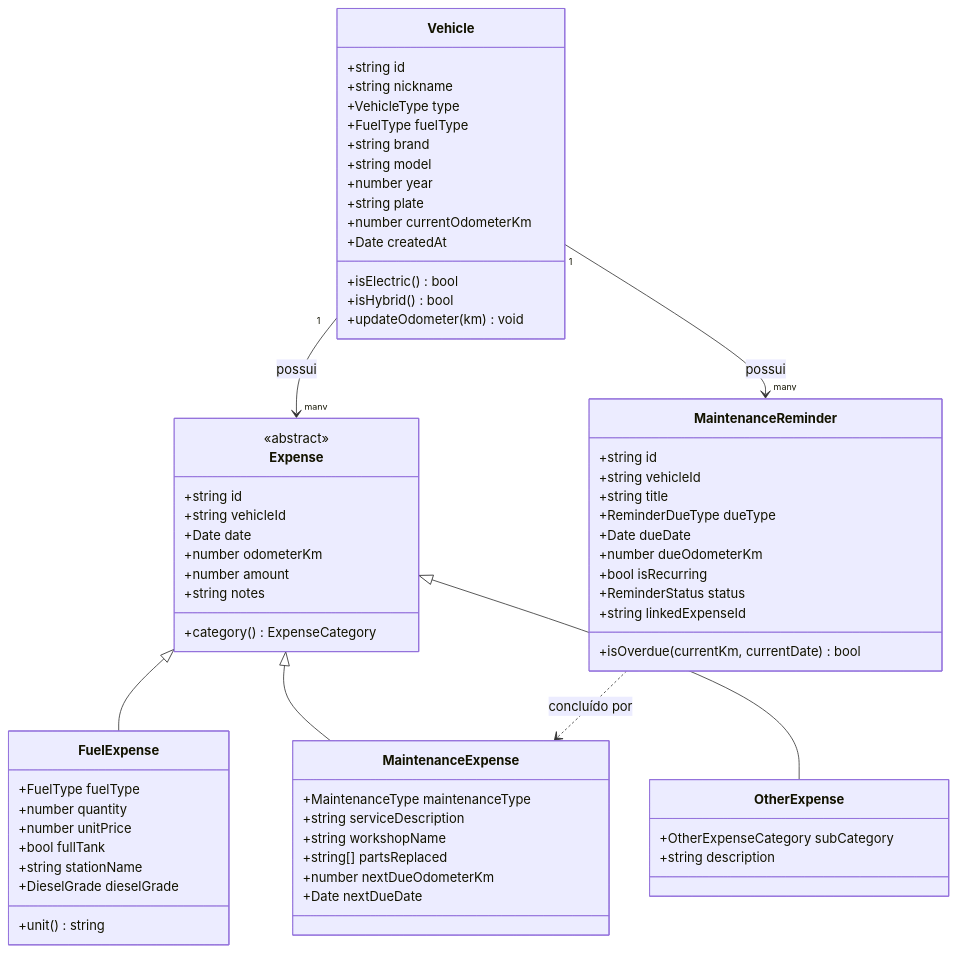
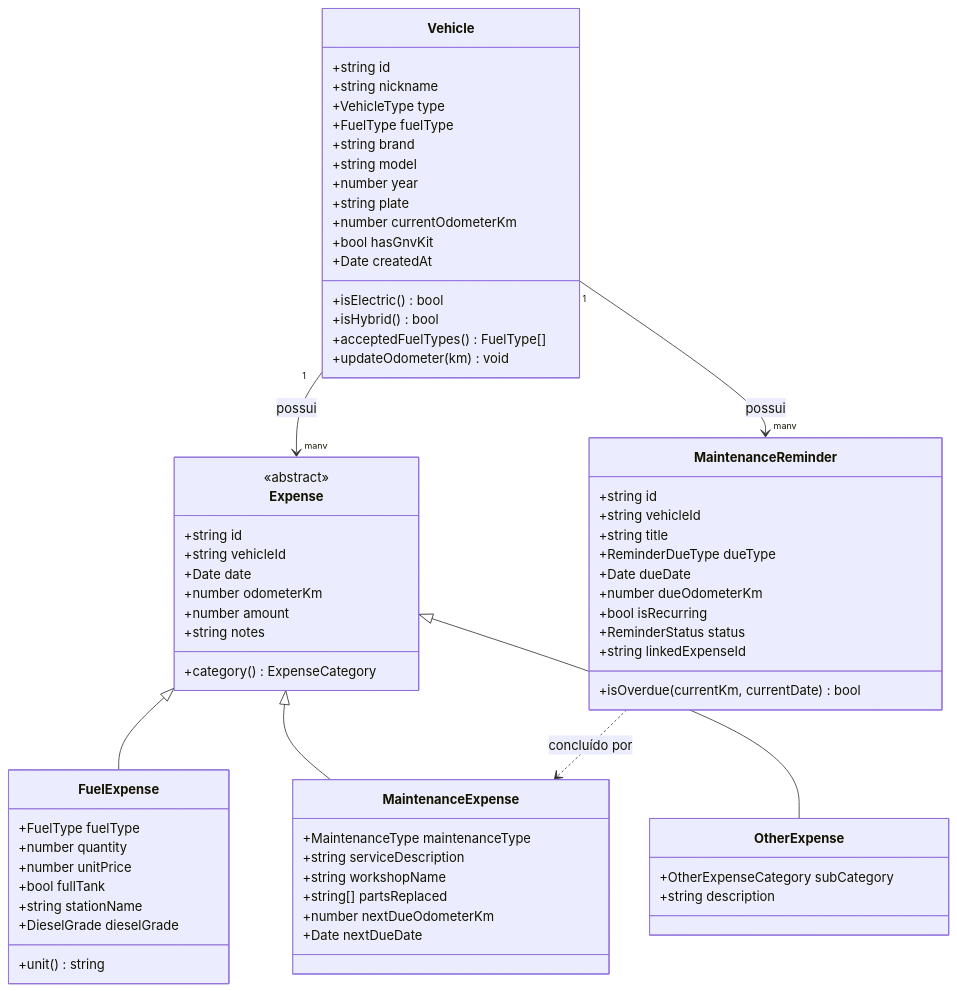
Before and after one commit to NicolasDamasceno/Auto-Mobile: the diagram in docs/DOMAIN_MODEL.md, drawn with Mermaid. The commit also changed other lines of this file and 1 other file, not shown here.

First line of the commit message:
Modela kit de GNV como atributo do veiculo, nao como fuelType exclusivo

````diff
--- a/docs/DOMAIN_MODEL.md
+++ b/docs/DOMAIN_MODEL.md
@@ -5,73 +5,75 @@
 ```mermaid
 classDiagram
     class Vehicle {
         +string id
         +string nickname
         +VehicleType type
         +FuelType fuelType
         +string brand
         +string model
         +number year
         +string plate
         +number currentOdometerKm
+        +bool hasGnvKit
         +Date createdAt
         +isElectric() bool
         +isHybrid() bool
+        +acceptedFuelTypes() FuelType[]
         +updateOdometer(km) void
     }
 
     class Expense {
         <<abstract>>
         +string id
         +string vehicleId
         +Date date
         +number odometerKm
         +number amount
         +string notes
         +category() ExpenseCategory
     }
 
     class FuelExpense {
         +FuelType fuelType
         +number quantity
         +number unitPrice
         +bool fullTank
         +string stationName
         +DieselGrade dieselGrade
         +unit() string
     }
 
     class MaintenanceExpense {
         +MaintenanceType maintenanceType
         +string serviceDescription
         +string workshopName
         +string[] partsReplaced
         +number nextDueOdometerKm
         +Date nextDueDate
     }
 
     class OtherExpense {
         +OtherExpenseCategory subCategory
         +string description
     }
 
     class MaintenanceReminder {
         +string id
         +string vehicleId
         +string title
         +ReminderDueType dueType
         +Date dueDate
         +number dueOdometerKm
         +bool isRecurring
         +ReminderStatus status
         +string linkedExpenseId
         +isOverdue(currentKm, currentDate) bool
     }
 
     Vehicle "1" --> "many" Expense : possui
     Vehicle "1" --> "many" MaintenanceReminder : possui
     Expense <|-- FuelExpense
     Expense <|-- MaintenanceExpense
     Expense <|-- OtherExpense
     MaintenanceReminder ..> MaintenanceExpense : concluído por
 ```
````
